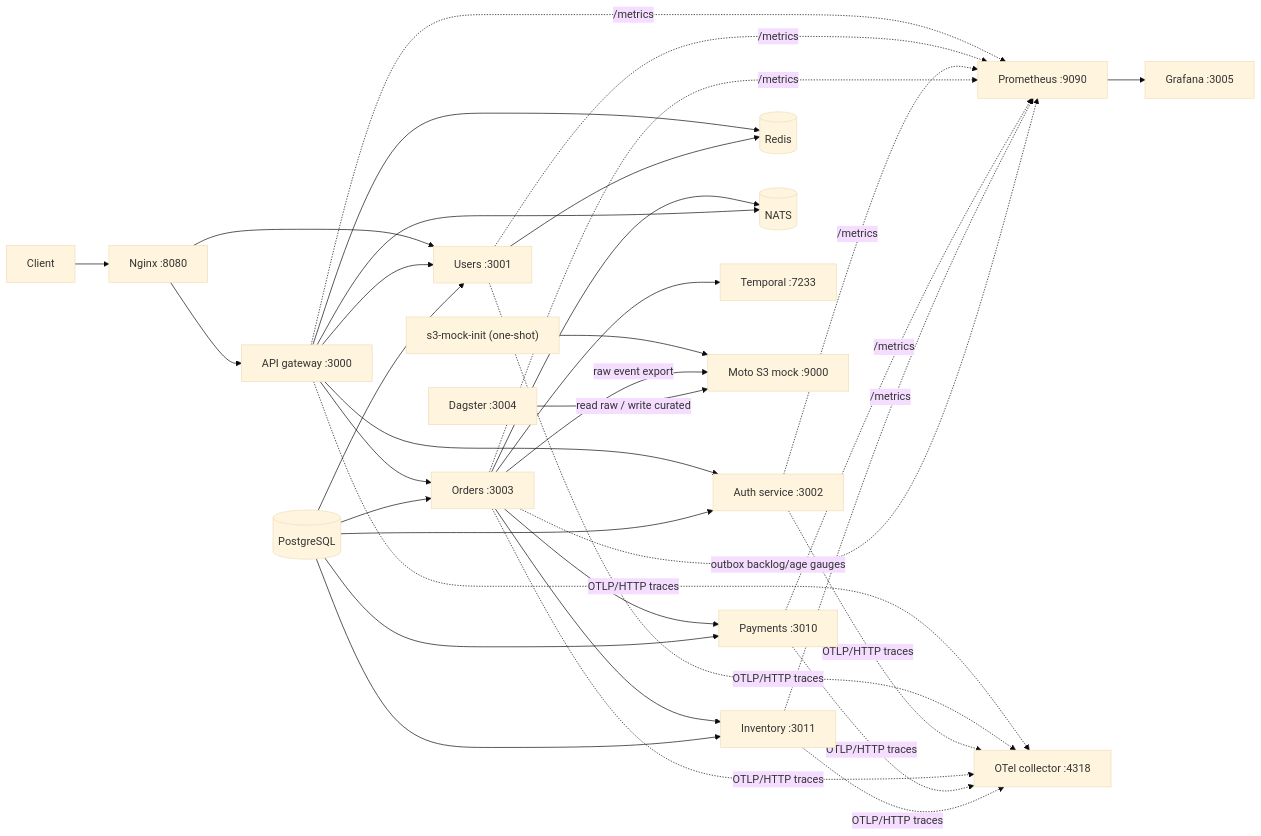
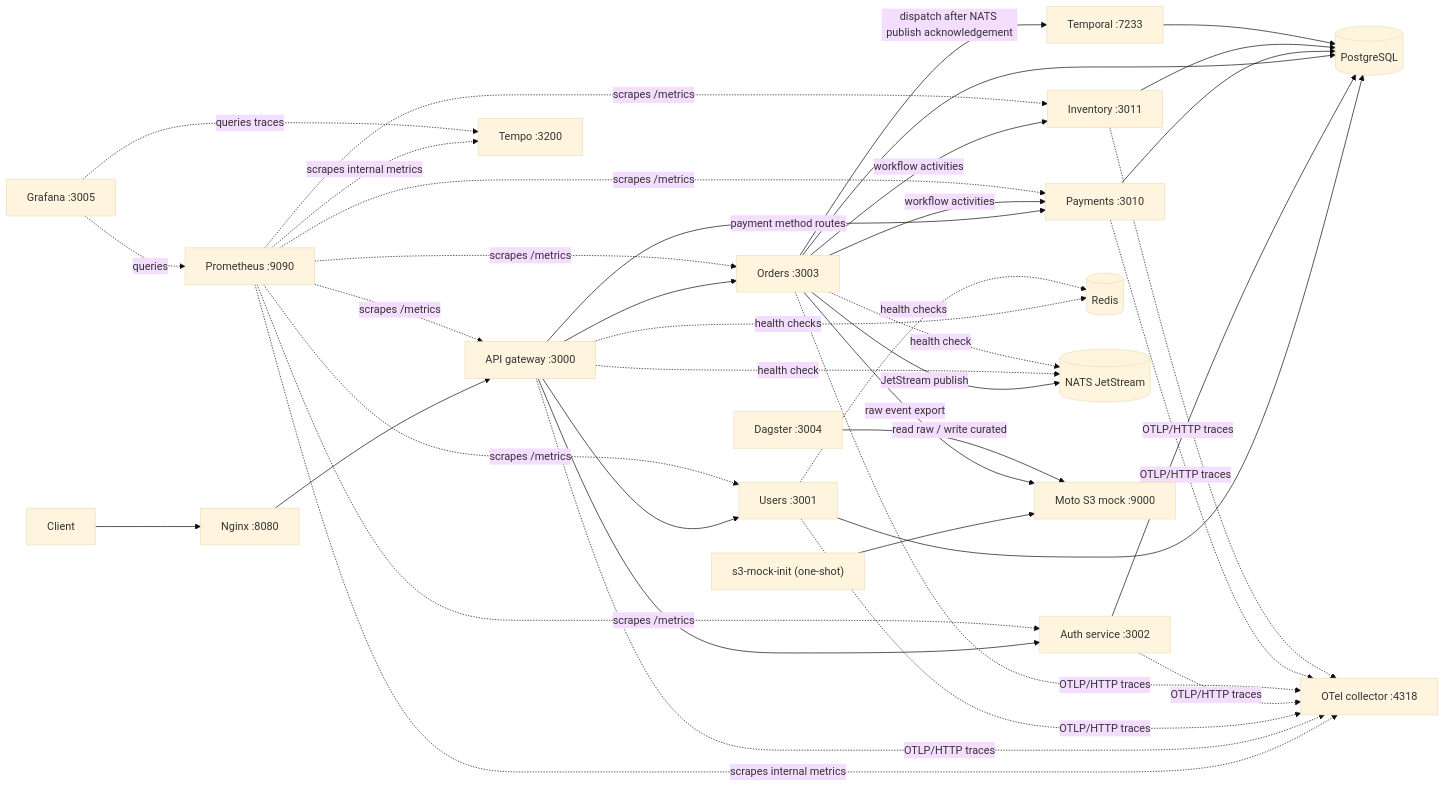
Before and after one commit to funnyMans/Node.js_Boilerplate: the diagram in docs/diagrams-src/high-level.mmd, drawn with Mermaid (base theme). The commit also changed 73 other files, not shown here.

```diff
--- a/docs/diagrams-src/high-level.mmd
+++ b/docs/diagrams-src/high-level.mmd
@@ -1,39 +1,43 @@
 flowchart LR
   Client --> Nginx["Nginx :8080"]
   Nginx --> Gateway["API gateway :3000"]
-  Nginx --> Users["Users :3001"]
   Gateway --> Auth["Auth service :3002"]
-  Gateway --> Users
+  Gateway --> Users["Users :3001"]
   Gateway --> Orders["Orders :3003"]
-  Orders --> Payments["Payments :3010"]
-  Orders --> Inventory["Inventory :3011"]
+  Gateway -->|payment method routes| Payments["Payments :3010"]
+  Orders -->|workflow activities| Payments
+  Orders -->|workflow activities| Inventory["Inventory :3011"]
 
-  Postgres[(PostgreSQL)] --> Users
-  Postgres --> Auth
-  Postgres --> Orders
-  Postgres --> Payments
-  Postgres --> Inventory
-  Gateway --> Redis[(Redis)]
-  Users --> Redis
-  Orders --> NATS[(NATS)]
-  Gateway --> NATS
-  Orders --> Temporal["Temporal :7233"]
+  Users --> Postgres[(PostgreSQL)]
+  Auth --> Postgres
+  Orders --> Postgres
+  Payments --> Postgres
+  Inventory --> Postgres
+  Temporal --> Postgres
+  Gateway -. "health checks" .-> Redis[(Redis)]
+  Users -. "health checks" .-> Redis
+  Orders -->|JetStream publish| NATS[(NATS JetStream)]
+  Gateway -. "health check" .-> NATS
+  Orders -. "health check" .-> NATS
+  Orders -->|dispatch after NATS publish acknowledgement| Temporal["Temporal :7233"]
 
   Init["s3-mock-init (one-shot)"] --> S3["Moto S3 mock :9000"]
   Orders -->|raw event export| S3
   Dagster["Dagster :3004"] -->|read raw / write curated| S3
 
-  Gateway -. "/metrics" .-> Prometheus["Prometheus :9090"]
-  Users -. "/metrics" .-> Prometheus
-  Auth -. "/metrics" .-> Prometheus
-  Orders -. "/metrics" .-> Prometheus
-  Payments -. "/metrics" .-> Prometheus
-  Inventory -. "/metrics" .-> Prometheus
-  Prometheus --> Grafana["Grafana :3005"]
+  Prometheus["Prometheus :9090"] -. "scrapes /metrics" .-> Gateway
+  Prometheus -. "scrapes /metrics" .-> Users
+  Prometheus -. "scrapes /metrics" .-> Auth
+  Prometheus -. "scrapes /metrics" .-> Orders
+  Prometheus -. "scrapes /metrics" .-> Payments
+  Prometheus -. "scrapes /metrics" .-> Inventory
+  Prometheus -. "scrapes internal metrics" .-> OTel
+  Prometheus -. "scrapes internal metrics" .-> Tempo["Tempo :3200"]
+  Grafana["Grafana :3005"] -. "queries" .-> Prometheus
+  Grafana -. "queries traces" .-> Tempo
   Gateway -. "OTLP/HTTP traces" .-> OTel["OTel collector :4318"]
   Users -. "OTLP/HTTP traces" .-> OTel
   Auth -. "OTLP/HTTP traces" .-> OTel
   Orders -. "OTLP/HTTP traces" .-> OTel
   Payments -. "OTLP/HTTP traces" .-> OTel
   Inventory -. "OTLP/HTTP traces" .-> OTel
-  Orders -. "outbox backlog/age gauges" .-> Prometheus
```
